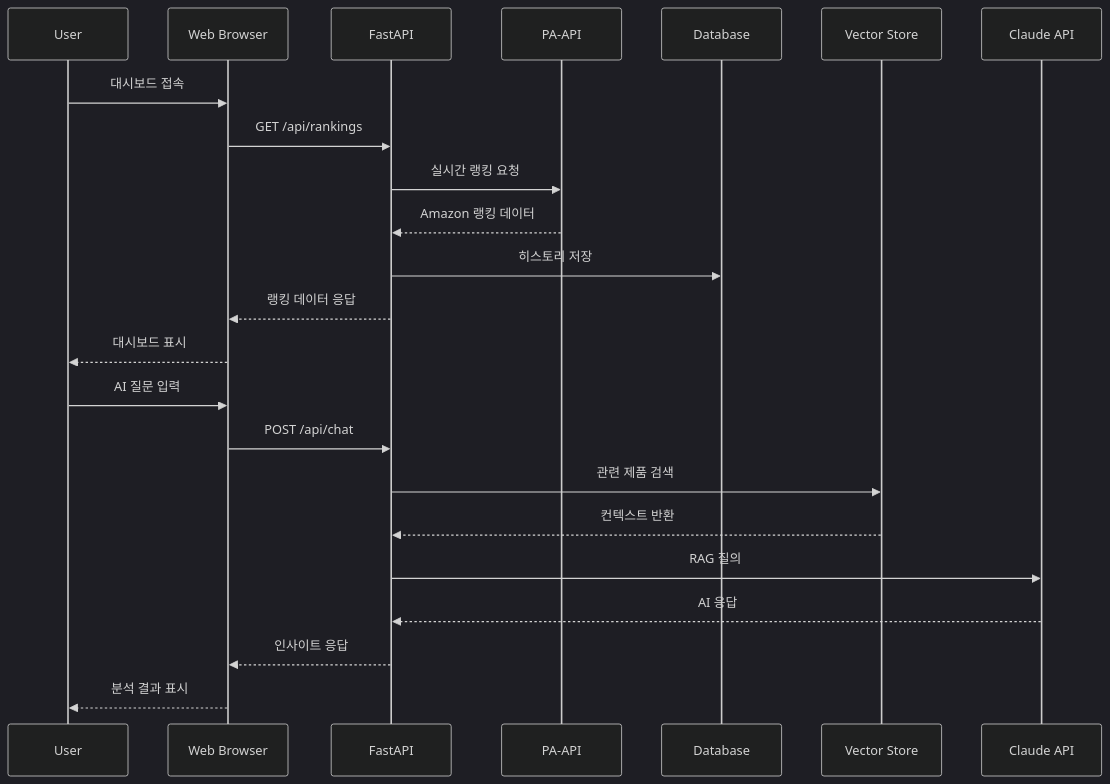
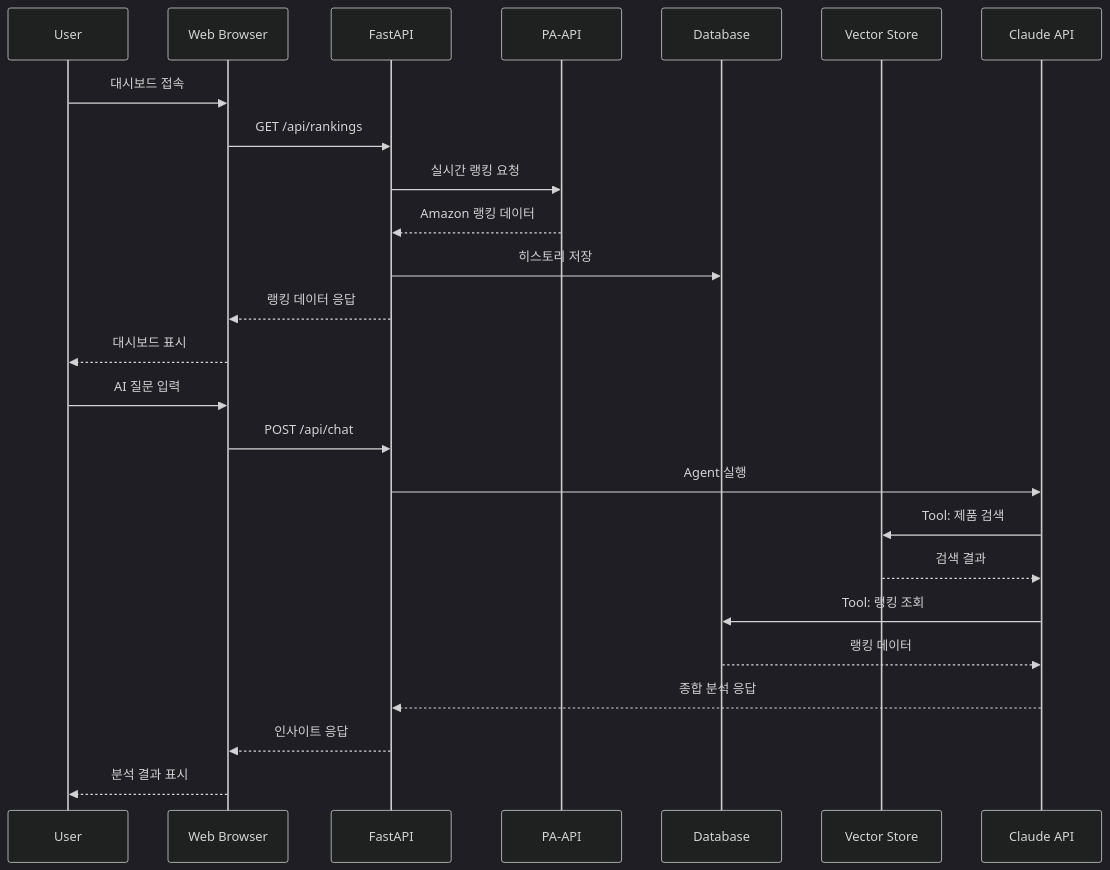
One commit to terrapin888/amore_ai_agent changed the second of 2 diagrams in README.md. Above: the diagram before and after it, drawn with Mermaid (dark theme). The commit also changed other lines of this file, not shown here.

First line of the commit message:
Update README for LangChain Agent architecture

````diff
--- a/README.md
+++ b/README.md
@@ -105,27 +107,29 @@
 ```mermaid
 sequenceDiagram
     participant U as User
     participant W as Web Browser
     participant F as FastAPI
     participant P as PA-API
     participant D as Database
     participant V as Vector Store
     participant C as Claude API
 
     U->>W: 대시보드 접속
     W->>F: GET /api/rankings
     F->>P: 실시간 랭킹 요청
     P-->>F: Amazon 랭킹 데이터
     F->>D: 히스토리 저장
     F-->>W: 랭킹 데이터 응답
     W-->>U: 대시보드 표시
 
     U->>W: AI 질문 입력
     W->>F: POST /api/chat
-    F->>V: 관련 제품 검색
-    V-->>F: 컨텍스트 반환
-    F->>C: RAG 질의
-    C-->>F: AI 응답
+    F->>C: Agent 실행
+    C->>V: Tool: 제품 검색
+    V-->>C: 검색 결과
+    C->>D: Tool: 랭킹 조회
+    D-->>C: 랭킹 데이터
+    C-->>F: 종합 분석 응답
     F-->>W: 인사이트 응답
     W-->>U: 분석 결과 표시
 ```
````
